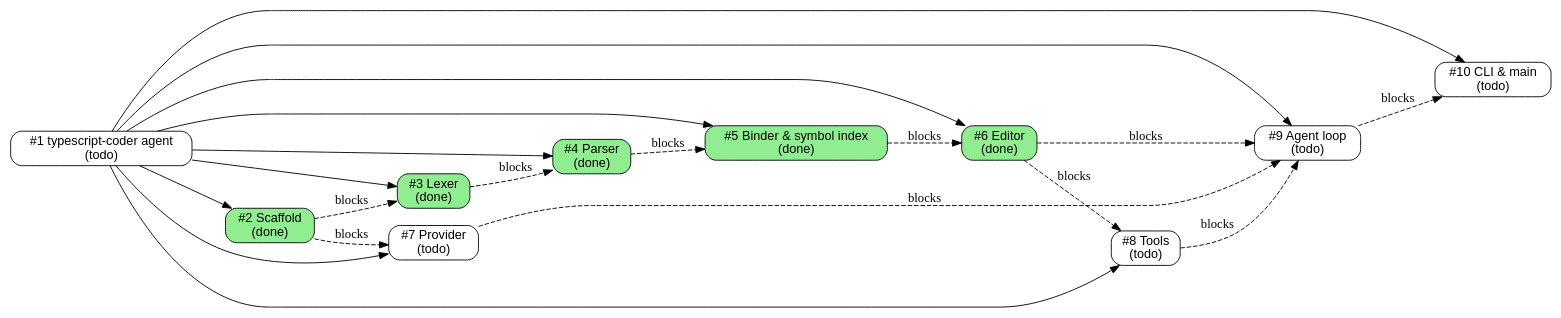
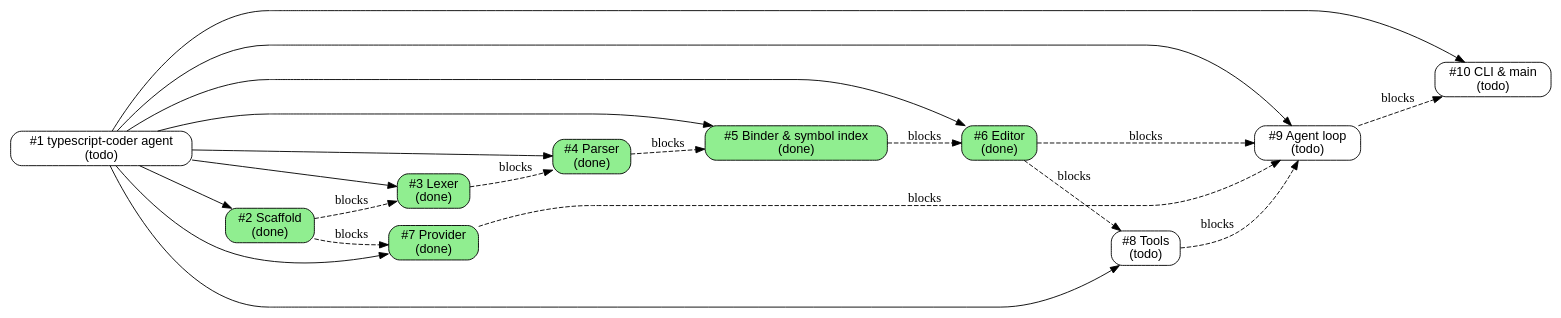
One commit to illusory0x0/typescript-coder changed the diagram in issues/todo.md. Above: the diagram before and after it, drawn with Graphviz. The commit also changed other lines of this file and 1 other file, not shown here.

Commit message:
Mark issue #7 done in tracker

````diff
--- a/issues/todo.md
+++ b/issues/todo.md
@@ -7,42 +7,42 @@
 ```dot
 digraph issues {
   rankdir=LR;
   node [shape=box, style="rounded,filled", fontname="Helvetica"];
 
   // status colors: todo=white, in-progress=lightyellow, review=lightblue,
   //                done=lightgreen, wontfix=lightgrey
   "1"  [label="#1 typescript-coder agent\n(todo)", fillcolor="white"];
   "2"  [label="#2 Scaffold\n(done)", fillcolor="lightgreen"];
   "3"  [label="#3 Lexer\n(done)", fillcolor="lightgreen"];
   "4"  [label="#4 Parser\n(done)", fillcolor="lightgreen"];
   "5"  [label="#5 Binder & symbol index\n(done)", fillcolor="lightgreen"];
   "6"  [label="#6 Editor\n(done)", fillcolor="lightgreen"];
-  "7"  [label="#7 Provider\n(todo)", fillcolor="white"];
+  "7"  [label="#7 Provider\n(done)", fillcolor="lightgreen"];
   "8"  [label="#8 Tools\n(todo)", fillcolor="white"];
   "9"  [label="#9 Agent loop\n(todo)", fillcolor="white"];
   "10" [label="#10 CLI & main\n(todo)", fillcolor="white"];
 
   // tree edges (parent -> child), solid
   "1" -> "2";
   "1" -> "3";
   "1" -> "4";
   "1" -> "5";
   "1" -> "6";
   "1" -> "7";
   "1" -> "8";
   "1" -> "9";
   "1" -> "10";
 
   // dependency edges (blocker -> blocked), dashed
   "2" -> "3" [style=dashed, label="blocks"];
   "3" -> "4" [style=dashed, label="blocks"];
   "4" -> "5" [style=dashed, label="blocks"];
   "5" -> "6" [style=dashed, label="blocks"];
   "2" -> "7" [style=dashed, label="blocks"];
   "6" -> "8" [style=dashed, label="blocks"];
   "6" -> "9" [style=dashed, label="blocks"];
   "7" -> "9" [style=dashed, label="blocks"];
   "8" -> "9" [style=dashed, label="blocks"];
   "9" -> "10" [style=dashed, label="blocks"];
 }
 ```
````
